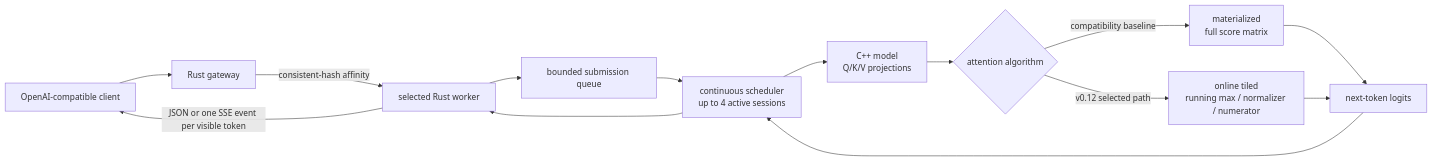
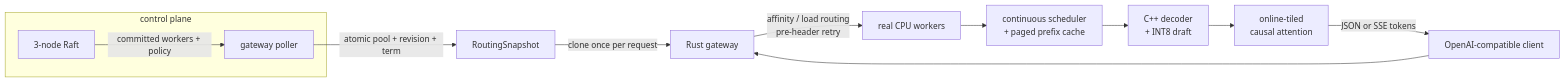
The diagram in README.md (conan505/inferLab), drawn with Mermaid before and after one commit. The commit also changed other lines of this file and 39 other files, not shown here.

Commit message:
v0.13 real-worker full-stack integration

````diff
--- a/README.md
+++ b/README.md
@@ -14,16 +14,14 @@
 ```mermaid
 flowchart LR
+    subgraph Control["control plane"]
+        R["3-node Raft"] -->|"committed workers + policy"| P["gateway poller"]
+    end
+    P -->|"atomic pool + revision + term"| S["RoutingSnapshot"]
     C["OpenAI-compatible client"] --> G["Rust gateway"]
-    G -->|"consistent-hash affinity"| H["selected Rust worker"]
-    H --> Q["bounded submission queue"]
-    Q --> S["continuous scheduler<br/>up to 4 active sessions"]
-    S --> M["C++ model<br/>Q/K/V projections"]
-    M --> A{"attention algorithm"}
-    A -->|"compatibility baseline"| F["materialized<br/>full score matrix"]
-    A -->|"v0.12 selected path"| O["online tiled<br/>running max / normalizer / numerator"]
-    F --> T["next-token logits"]
-    O --> T
-    T --> S
-    S --> H
-    H -->|"JSON or one SSE event per visible token"| C
+    S -->|"clone once per request"| G
+    G -->|"affinity / load routing<br/>pre-header retry"| W["real CPU workers"]
+    W --> Q["continuous scheduler<br/>+ paged prefix cache"]
+    Q --> M["C++ decoder<br/>+ INT8 draft"]
+    M --> A["online-tiled<br/>causal attention"]
+    A -->|"JSON or SSE tokens"| C
 ```
````
